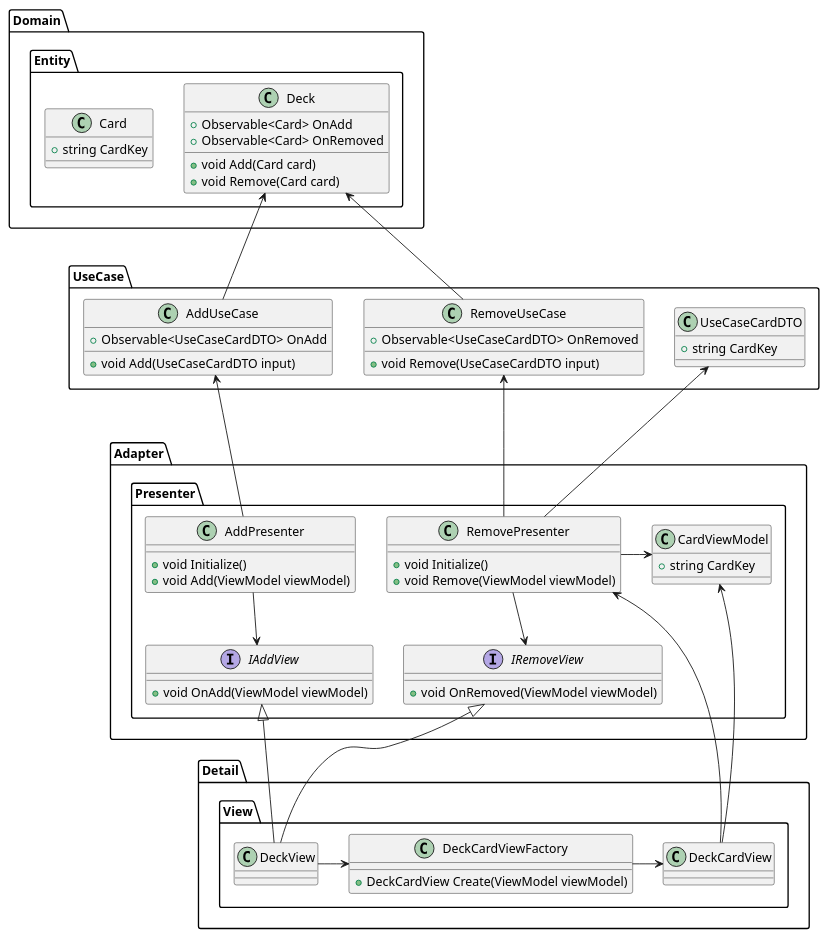
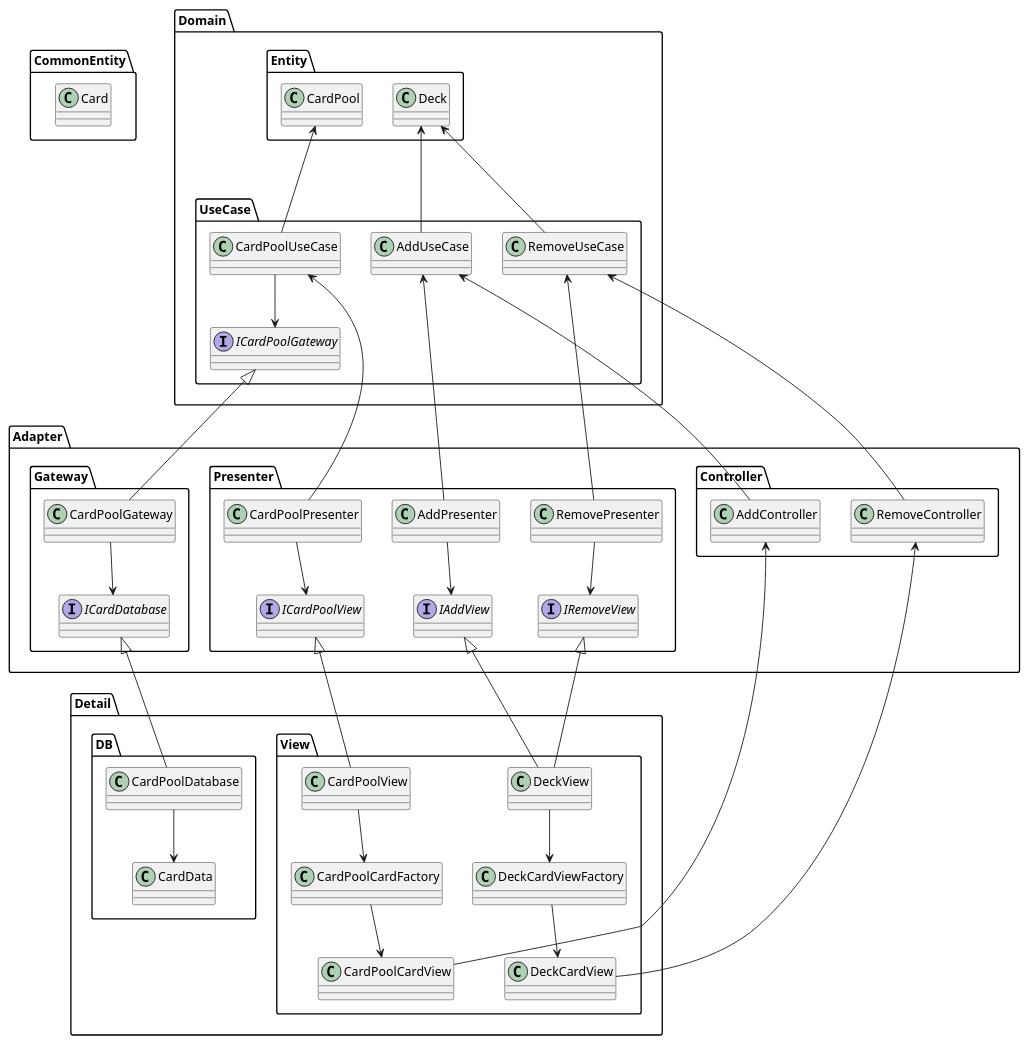
One commit to takenokohal/DeckEditCA changed the diagram in Assets/Scripts/DeckEditDiagram.puml. Above: the diagram before and after it, drawn with PlantUML. The commit also changed 18 other files, not shown here.

```diff
--- a/Assets/Scripts/DeckEditDiagram.puml
+++ b/Assets/Scripts/DeckEditDiagram.puml
@@ -1,125 +1,149 @@
 @startuml
 
+
+package CommonEntity
+{
+class Card
+{
+}
+}
 package Domain
 {
 package Entity
 {
-class Card
-{
-+ string CardKey
-}
 
 class Deck
 {
-+ void Add(Card card)
-+ void Remove(Card card)
-+ Observable<Card> OnAdd
-+ Observable<Card> OnRemoved
+}
+
+class CardPool
+{
 }
 }
 
 
-}
 
 package UseCase
 {
 class RemoveUseCase
 {
-+ void Remove(UseCaseCardDTO input)
-+ Observable<UseCaseCardDTO> OnRemoved
 }
 
 class AddUseCase
 {
-+ void Add(UseCaseCardDTO input)
-+ Observable<UseCaseCardDTO> OnAdd
 }
 
-class UseCaseCardDTO
+class CardPoolUseCase
 {
-+ string CardKey
 }
-
-
+interface ICardPoolGateway
+{
+}
+}
 }
 
 package Adapter
 {
 
 package Presenter
 {
 class RemovePresenter
 {
-+ void Initialize()
-+ void Remove(ViewModel viewModel)
 }
 interface IRemoveView
 {
-+ void OnRemoved(ViewModel viewModel)
 }
 
 class AddPresenter
 {
-+ void Initialize()
-+ void Add(ViewModel viewModel)
 }
 
 interface IAddView
-{
-+ void OnAdd(ViewModel viewModel)
+
+class CardPoolPresenter
+interface ICardPoolView
 }
 
-class CardViewModel
+package Controller
 {
-+ string CardKey
+class AddController
+class RemoveController
 }
 
+package Gateway
+{
+class CardPoolGateway
+interface ICardDatabase
 }
-
 }
 
 package Detail
 {
 
 
 package View
 {
 class DeckView
 {
 }
 
 class DeckCardView
 {
 }
 
 class DeckCardViewFactory
 {
-+ DeckCardView Create(ViewModel viewModel)
 }
 
+class CardPoolView
+class CardPoolCardView
+class CardPoolCardFactory
+
+}
+
+package DB
+{
+class CardPoolDatabase
+class CardData
 }
 
 }
 
 AddUseCase -u-> Deck
 
 AddPresenter -u--> AddUseCase
 AddPresenter --> IAddView
 
 DeckView -u-|> IAddView
 
 RemoveUseCase -u--> Deck
 
 RemovePresenter -u-> RemoveUseCase
 RemovePresenter --> IRemoveView
-RemovePresenter -r-> CardViewModel
-RemovePresenter -u-> UseCaseCardDTO
 
 DeckView -u-|> IRemoveView
 
-DeckView -r-> DeckCardViewFactory
-DeckCardViewFactory -r-> DeckCardView
-DeckCardView -u--> RemovePresenter
-DeckCardView -u-> CardViewModel
+DeckView -d-> DeckCardViewFactory
+DeckCardViewFactory -d-> DeckCardView
+DeckCardView -u--> RemoveController
+
+CardPoolUseCase -u-> CardPool
+
+CardPoolView -d-> CardPoolCardFactory
+CardPoolPresenter -u-> CardPoolUseCase
+CardPoolPresenter --> ICardPoolView
+CardPoolView -u-|> ICardPoolView
+CardPoolCardFactory -d-> CardPoolCardView
+CardPoolCardView -u-> AddController
+
+AddController -u-> AddUseCase
+RemoveController -u-> RemoveUseCase
+
+CardPoolUseCase --> ICardPoolGateway
+CardPoolGateway -u-|> ICardPoolGateway
+CardPoolGateway --> ICardDatabase
+
+CardPoolDatabase -u-|> ICardDatabase
+CardPoolDatabase --> CardData
 
 @enduml
```
